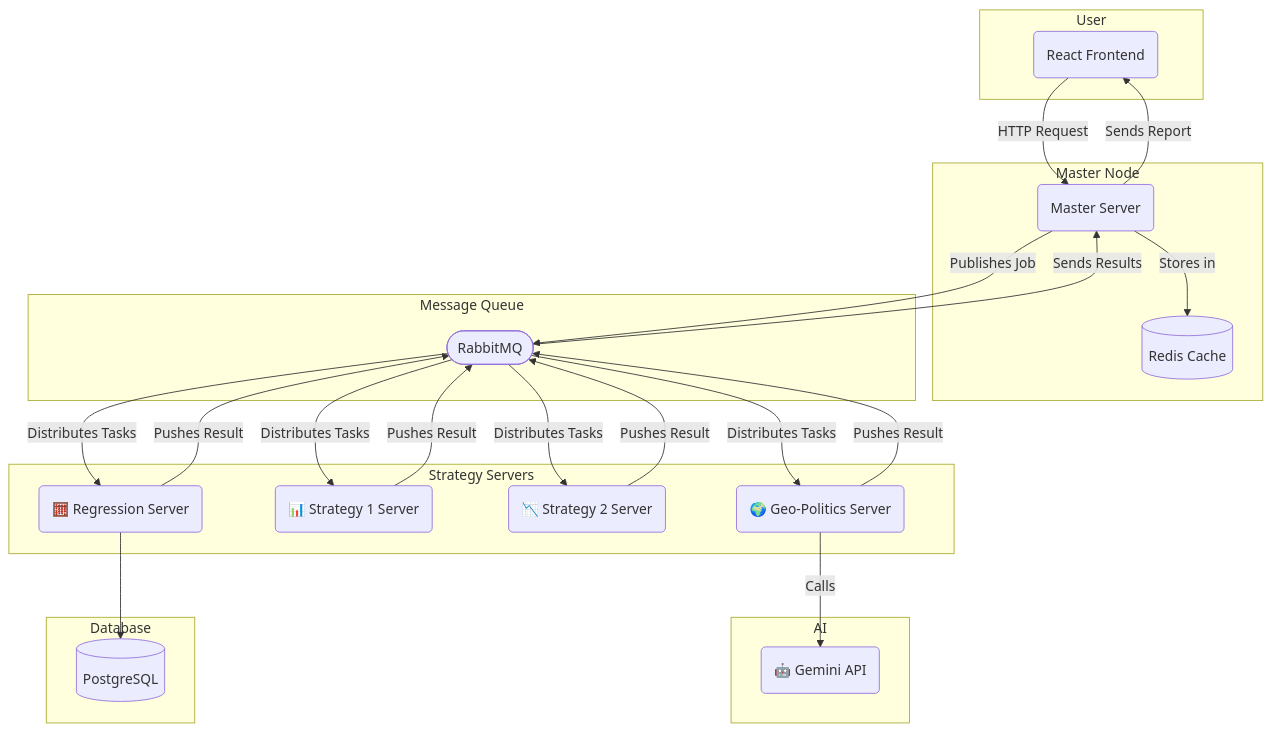
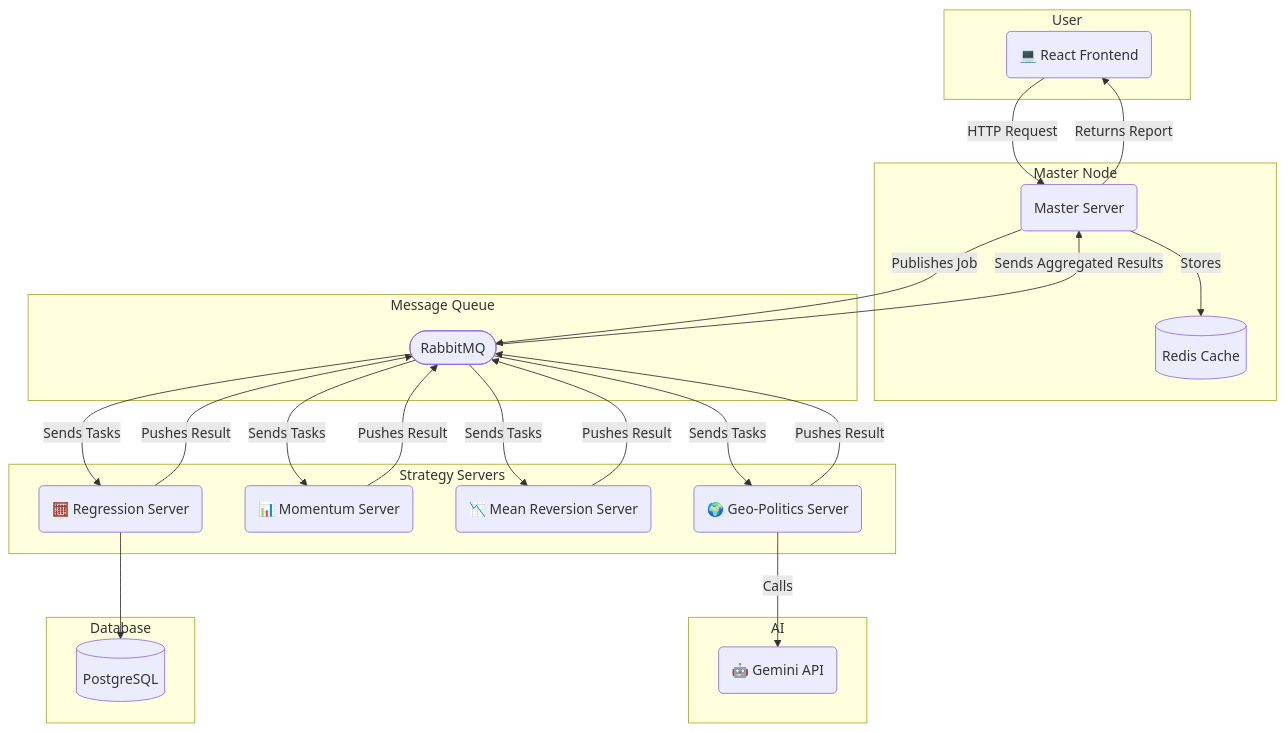
Before and after one commit to mdrayaanpasha/quantiva_2.0: the diagram in README.md, drawn with Mermaid. The commit also changed other lines of this file, not shown here.

`````diff
--- a/README.md
+++ b/README.md
@@ -23,49 +35,46 @@
 ```mermaid
 graph TD
     subgraph User
-        UI(React Frontend)
+        UI(💻 React Frontend)
     end
 
     subgraph Master Node
         Master(Master Server)
         Cache[(Redis Cache)]
     end
 
     subgraph Message Queue
         MQ([RabbitMQ])
     end
 
     subgraph Strategy Servers
         S1(🧮 Regression Server)
-        S2(📊 Strategy 1 Server)
-        S3(📉 Strategy 2 Server)
+        S2(📊 Momentum Server)
+        S3(📉 Mean Reversion Server)
         S4(🌍 Geo-Politics Server)
     end
 
     subgraph AI
         AI_API(🤖 Gemini API)
     end
 
     subgraph Database
         DB[(PostgreSQL)]
     end
 
     UI -- HTTP Request --> Master
     Master -- Publishes Job --> MQ
-    MQ -- Distributes Tasks --> S1
-    MQ -- Distributes Tasks --> S2
-    MQ -- Distributes Tasks --> S3
-    MQ -- Distributes Tasks --> S4
-
+    MQ -- Sends Tasks --> S1
+    MQ -- Sends Tasks --> S2
+    MQ -- Sends Tasks --> S3
+    MQ -- Sends Tasks --> S4
     S1 --> DB
     S4 -- Calls --> AI_API
-    
     S1 -- Pushes Result --> MQ
     S2 -- Pushes Result --> MQ
     S3 -- Pushes Result --> MQ
     S4 -- Pushes Result --> MQ
-
-    MQ -- Sends Results --> Master
-    Master -- Stores in --> Cache
-    Master -- Sends Report --> UI
-```
+    MQ -- Sends Aggregated Results --> Master
+    Master -- Stores --> Cache
+    Master -- Returns Report --> UI
+````
`````
